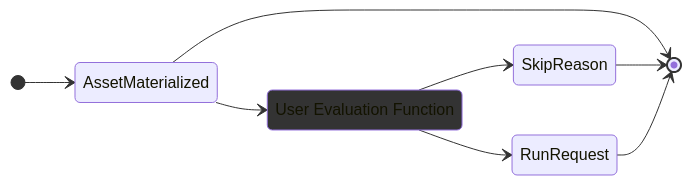
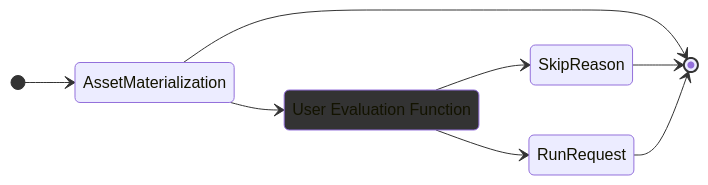
One commit to dagster-io/dagster changed the second of 2 diagrams in docs/docs-beta/docs/guides/asset-sensors.md. Above: the diagram before and after it, drawn with Mermaid. The commit also changed other lines of this file and 3 other files, not shown here.

````diff
--- a/docs/docs-beta/docs/guides/asset-sensors.md
+++ b/docs/docs-beta/docs/guides/asset-sensors.md
@@ -50,20 +53,20 @@
 ```mermaid
 stateDiagram-v2
     direction LR
 
     classDef userDefined fill: lightblue
 
-    [*] --> AssetMaterialized
-    AssetMaterialized --> [*]
+    [*] --> AssetMaterialization
+    AssetMaterialization --> [*]
 
-    AssetMaterialized --> UserEvaluationFunction:::userDefined
+    AssetMaterialization --> UserEvaluationFunction:::userDefined
     UserEvaluationFunction: User Evaluation Function
 
     UserEvaluationFunction --> RunRequest
     UserEvaluationFunction --> SkipReason
     SkipReason --> [*]
     RunRequest --> [*]
 
     class UserEvaluationFunction userDefined
     classDef userDefined fill: var(--theme-color-accent-lavendar)
 ```
````
